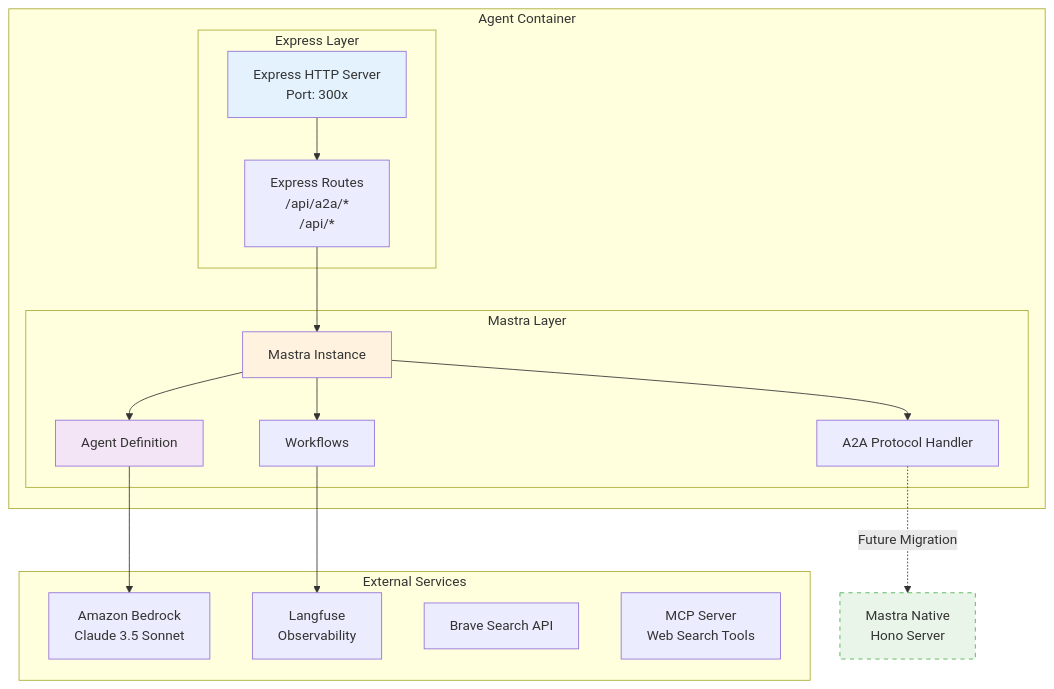
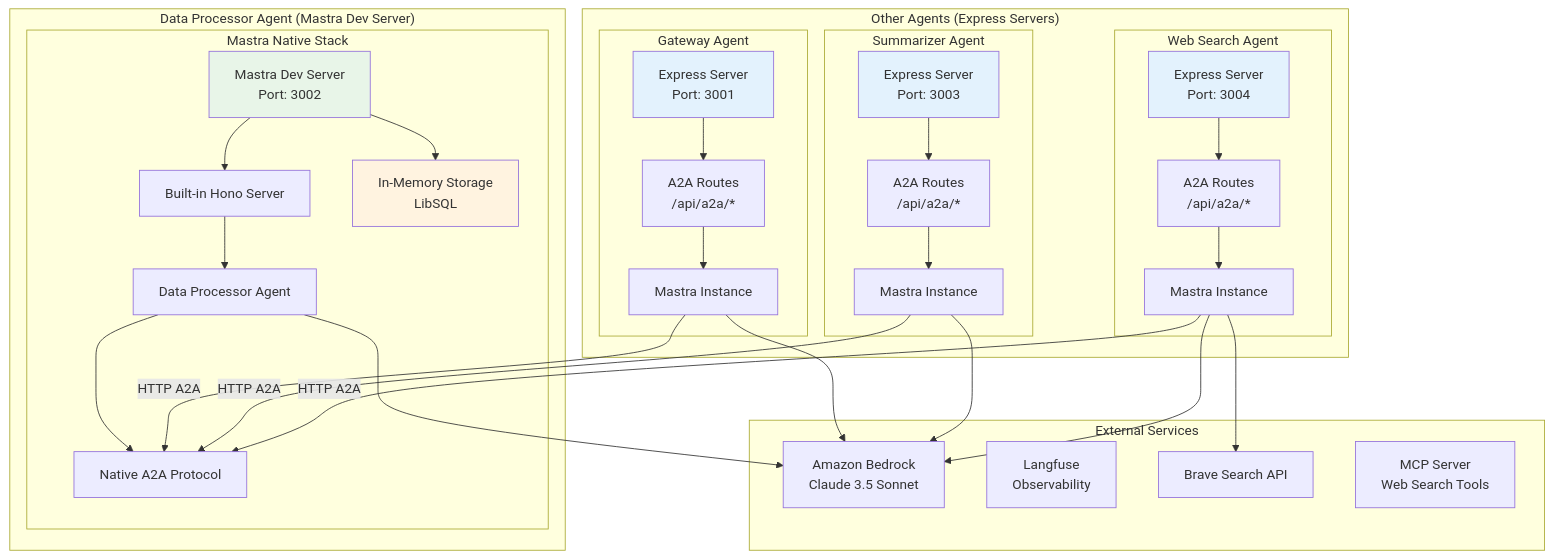
Before and after one commit to tubone24/a2a_mastra: the first of 6 diagrams in README.md, drawn with Mermaid. The commit also changed other lines of this file and 9 other files, not shown here.

````diff
--- a/README.md
+++ b/README.md
@@ -29,38 +29,67 @@
 ```mermaid
 graph TB
-    subgraph "Agent Container"
-        subgraph "Express Layer"
-            EXPRESS[Express HTTP Server<br/>Port: 300x]
-            ROUTES[Express Routes<br/>/api/a2a/*<br/>/api/*]
+    subgraph "Data Processor Agent (Mastra Dev Server)"
+        subgraph "Mastra Native Stack"
+            MASTRA_DEV[Mastra Dev Server<br/>Port: 3002]
+            MASTRA_HONO[Built-in Hono Server]
+            MASTRA_AGENT[Data Processor Agent]
+            MASTRA_A2A[Native A2A Protocol]
+            MASTRA_STORAGE[In-Memory Storage<br/>LibSQL]
         end
         
-        subgraph "Mastra Layer"
-            MASTRA[Mastra Instance]
-            AGENT[Agent Definition]
-            WORKFLOW[Workflows]
-            A2A[A2A Protocol Handler]
+        MASTRA_DEV --> MASTRA_HONO
+        MASTRA_HONO --> MASTRA_AGENT
+        MASTRA_AGENT --> MASTRA_A2A
+        MASTRA_DEV --> MASTRA_STORAGE
+    end
+    
+    subgraph "Other Agents (Express Servers)"
+        subgraph "Gateway Agent"
+            GW_EXPRESS[Express Server<br/>Port: 3001]
+            GW_ROUTES[A2A Routes<br/>/api/a2a/*]
+            GW_MASTRA[Mastra Instance]
         end
         
-        EXPRESS --> ROUTES
-        ROUTES --> MASTRA
-        MASTRA --> AGENT
-        MASTRA --> WORKFLOW
-        MASTRA --> A2A
+        subgraph "Summarizer Agent"
+            SM_EXPRESS[Express Server<br/>Port: 3003]
+            SM_ROUTES[A2A Routes<br/>/api/a2a/*]
+            SM_MASTRA[Mastra Instance]
+        end
+        
+        subgraph "Web Search Agent"
+            WS_EXPRESS[Express Server<br/>Port: 3004]
+            WS_ROUTES[A2A Routes<br/>/api/a2a/*]
+            WS_MASTRA[Mastra Instance]
+        end
+        
+        GW_EXPRESS --> GW_ROUTES
+        GW_ROUTES --> GW_MASTRA
+        SM_EXPRESS --> SM_ROUTES
+        SM_ROUTES --> SM_MASTRA
+        WS_EXPRESS --> WS_ROUTES
+        WS_ROUTES --> WS_MASTRA
     end
     
     subgraph "External Services"
         BEDROCK[Amazon Bedrock<br/>Claude 3.5 Sonnet]
         LANGFUSE[Langfuse<br/>Observability]
         BRAVE[Brave Search API]
         MCP[MCP Server<br/>Web Search Tools]
     end
     
-    AGENT --> BEDROCK
-    WORKFLOW --> LANGFUSE
-    A2A -.->|Future Migration| HONO[Mastra Native<br/>Hono Server]
+    GW_MASTRA -->|HTTP A2A| MASTRA_A2A
+    SM_MASTRA -->|HTTP A2A| MASTRA_A2A
+    WS_MASTRA -->|HTTP A2A| MASTRA_A2A
     
-    style EXPRESS fill:#e3f2fd
-    style MASTRA fill:#fff3e0
-    style AGENT fill:#f3e5f5
-    style HONO fill:#e8f5e8,stroke:#4caf50,stroke-dasharray: 5 5
+    MASTRA_AGENT --> BEDROCK
+    GW_MASTRA --> BEDROCK
+    SM_MASTRA --> BEDROCK
+    WS_MASTRA --> BEDROCK
+    WS_MASTRA --> BRAVE
+    
+    style MASTRA_DEV fill:#e8f5e8
+    style GW_EXPRESS fill:#e3f2fd
+    style SM_EXPRESS fill:#e3f2fd
+    style WS_EXPRESS fill:#e3f2fd
+    style MASTRA_STORAGE fill:#fff3e0
 ```
````
